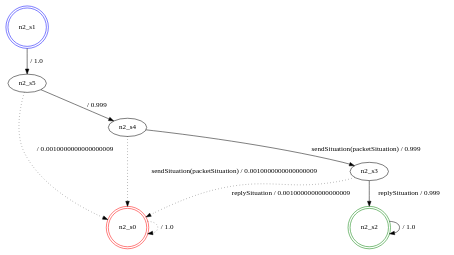
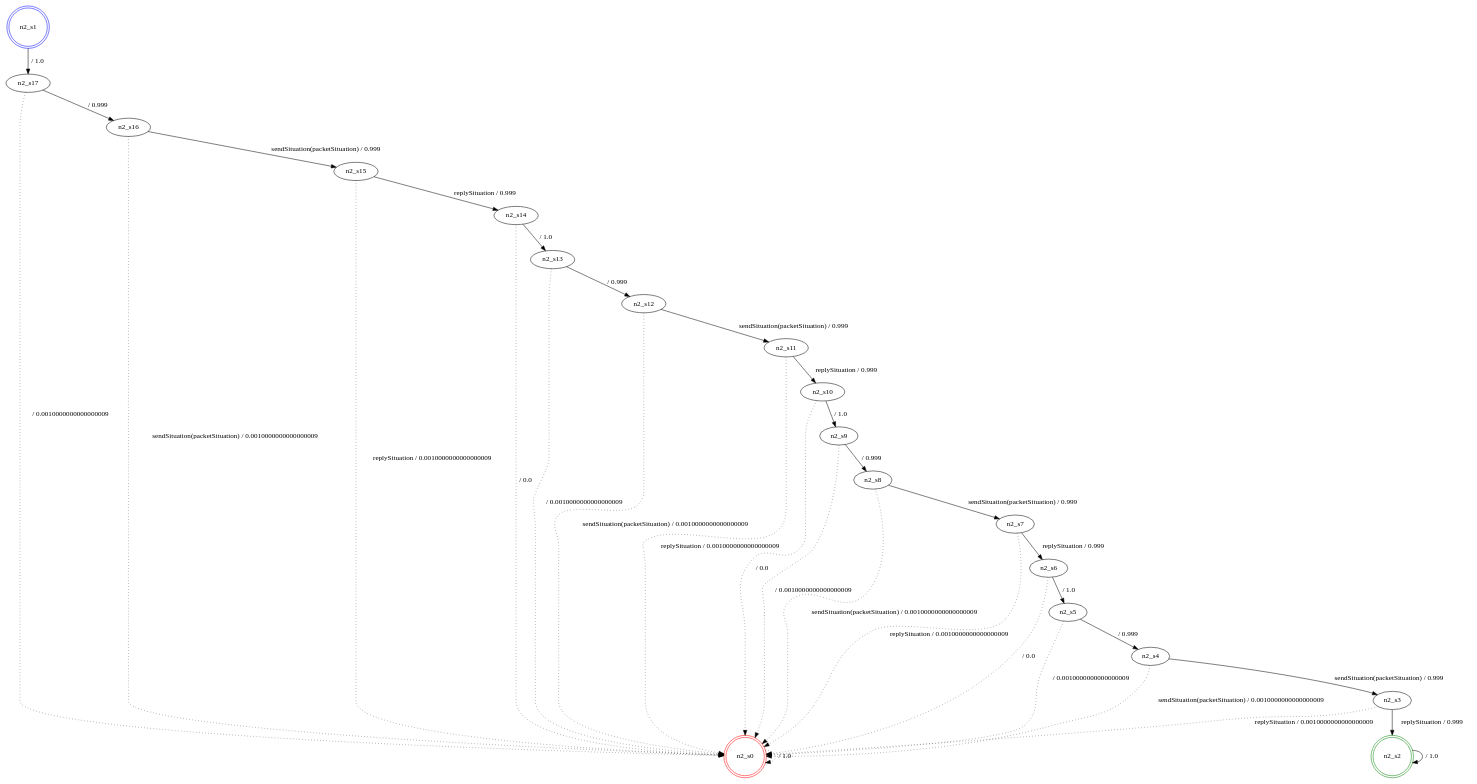
Before and after one commit to SPLMC/spl-generator: the diagram in src/generatedModels/fdtmc_n2.dot, drawn with Graphviz. The commit also changed 44 other files, not shown here.

```diff
--- a/src/generatedModels/fdtmc_n2.dot
+++ b/src/generatedModels/fdtmc_n2.dot
@@ -1,17 +1,53 @@
 digraph graphname {
 n2_s0 [label="n2_s0",color=red,shape=doublecircle ];
 n2_s1 [label="n2_s1",color=blue,shape=doublecircle ];
 n2_s2 [label="n2_s2",color=green,shape=doublecircle ];
 n2_s3 [label="n2_s3" ];
 n2_s4 [label="n2_s4" ];
 n2_s5 [label="n2_s5" ];
+n2_s6 [label="n2_s6" ];
+n2_s7 [label="n2_s7" ];
+n2_s8 [label="n2_s8" ];
+n2_s9 [label="n2_s9" ];
+n2_s10 [label="n2_s10" ];
+n2_s11 [label="n2_s11" ];
+n2_s12 [label="n2_s12" ];
+n2_s13 [label="n2_s13" ];
+n2_s14 [label="n2_s14" ];
+n2_s15 [label="n2_s15" ];
+n2_s16 [label="n2_s16" ];
+n2_s17 [label="n2_s17" ];
 n2_s0 -> n2_s0 [label=" / 1.0", style=dotted];
-n2_s1 -> n2_s5 [label=" / 1.0"];
+n2_s1 -> n2_s17 [label=" / 1.0"];
 n2_s2 -> n2_s2 [label=" / 1.0"];
 n2_s3 -> n2_s2 [label="replySituation / 0.999"];
 n2_s3 -> n2_s0 [label="replySituation / 0.0010000000000000009", style=dotted];
 n2_s4 -> n2_s3 [label="sendSituation(packetSituation) / 0.999"];
 n2_s4 -> n2_s0 [label="sendSituation(packetSituation) / 0.0010000000000000009", style=dotted];
 n2_s5 -> n2_s4 [label=" / 0.999"];
 n2_s5 -> n2_s0 [label=" / 0.0010000000000000009", style=dotted];
+n2_s6 -> n2_s5 [label=" / 1.0"];
+n2_s6 -> n2_s0 [label=" / 0.0", style=dotted];
+n2_s7 -> n2_s6 [label="replySituation / 0.999"];
+n2_s7 -> n2_s0 [label="replySituation / 0.0010000000000000009", style=dotted];
+n2_s8 -> n2_s7 [label="sendSituation(packetSituation) / 0.999"];
+n2_s8 -> n2_s0 [label="sendSituation(packetSituation) / 0.0010000000000000009", style=dotted];
+n2_s9 -> n2_s8 [label=" / 0.999"];
+n2_s9 -> n2_s0 [label=" / 0.0010000000000000009", style=dotted];
+n2_s10 -> n2_s9 [label=" / 1.0"];
+n2_s10 -> n2_s0 [label=" / 0.0", style=dotted];
+n2_s11 -> n2_s10 [label="replySituation / 0.999"];
+n2_s11 -> n2_s0 [label="replySituation / 0.0010000000000000009", style=dotted];
+n2_s12 -> n2_s11 [label="sendSituation(packetSituation) / 0.999"];
+n2_s12 -> n2_s0 [label="sendSituation(packetSituation) / 0.0010000000000000009", style=dotted];
+n2_s13 -> n2_s12 [label=" / 0.999"];
+n2_s13 -> n2_s0 [label=" / 0.0010000000000000009", style=dotted];
+n2_s14 -> n2_s13 [label=" / 1.0"];
+n2_s14 -> n2_s0 [label=" / 0.0", style=dotted];
+n2_s15 -> n2_s14 [label="replySituation / 0.999"];
+n2_s15 -> n2_s0 [label="replySituation / 0.0010000000000000009", style=dotted];
+n2_s16 -> n2_s15 [label="sendSituation(packetSituation) / 0.999"];
+n2_s16 -> n2_s0 [label="sendSituation(packetSituation) / 0.0010000000000000009", style=dotted];
+n2_s17 -> n2_s16 [label=" / 0.999"];
+n2_s17 -> n2_s0 [label=" / 0.0010000000000000009", style=dotted];
 }
```
